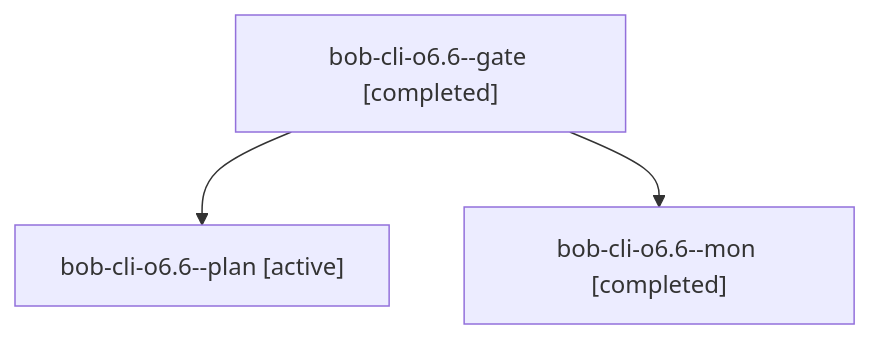
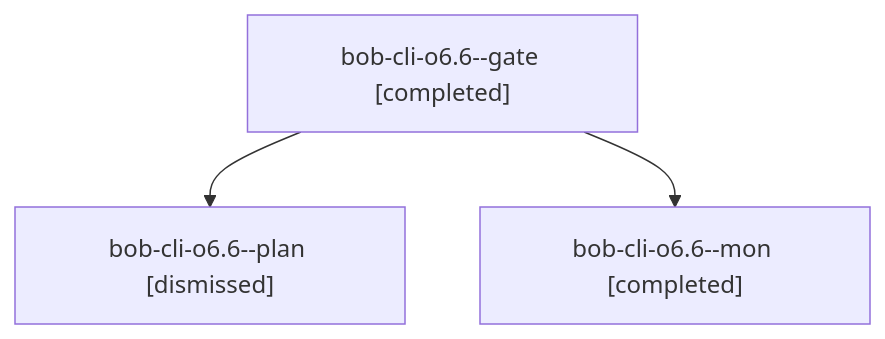
The diagram in sessions/bbugyi200.athena.bob-cli-o6.6.md (bobs-org/bob-cli--agents), drawn with Mermaid before and after one commit. The commit also changed other lines of this file and 131 other files, not shown here.

````diff
--- a/sessions/bbugyi200.athena.bob-cli-o6.6.md
+++ b/sessions/bbugyi200.athena.bob-cli-o6.6.md
@@ -9,8 +9,8 @@
 ```mermaid
 flowchart TD
   n0["bob-cli-o6.6--gate [completed]"]
-  n1["bob-cli-o6.6--plan [active]"]
+  n1["bob-cli-o6.6--plan [dismissed]"]
   n0 --> n1
   n2["bob-cli-o6.6--mon [completed]"]
   n0 --> n2
 ```
````
